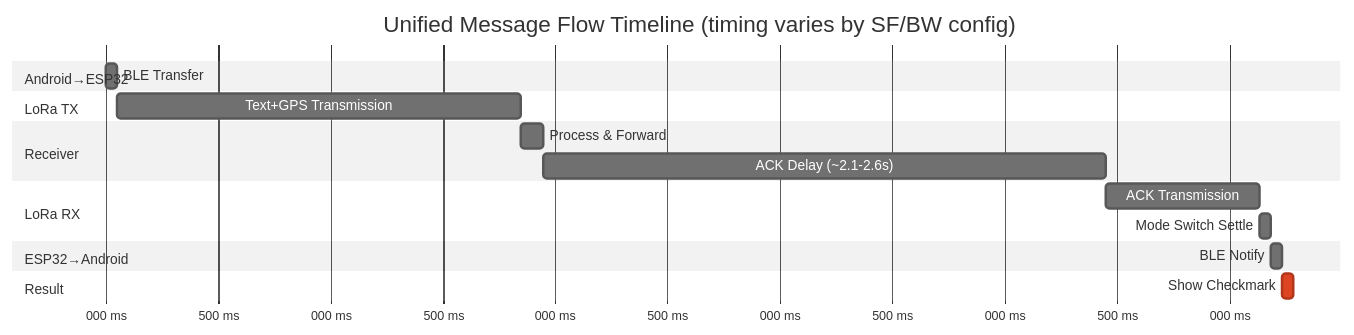
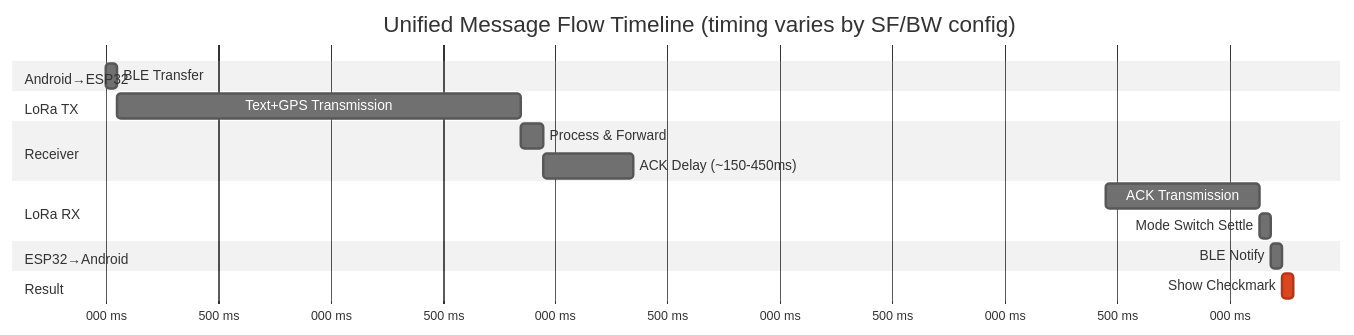
One commit to psytraxx/android-lora-ble-bridge changed the third of 3 diagrams in README.md. Above: the diagram before and after it, drawn with Mermaid (neutral theme). The commit also changed other lines of this file and 19 other files, not shown here.

````diff
--- a/README.md
+++ b/README.md
@@ -439,28 +431,27 @@
 ```mermaid
 gantt
     title Unified Message Flow Timeline (timing varies by SF/BW config)
     dateFormat x
     axisFormat %L ms
 
     section Android→ESP32
     BLE Transfer          :a1, 0, 50
 
     section LoRa TX
     Text+GPS Transmission :a2, 50, 1850
 
     section Receiver
     Process & Forward     :a3, 1850, 1950
-  ACK Delay (~2.1-2.6s) :a4, 1950, 4450
+  ACK Delay (~150-450ms) :a4, 1950, 2350
 
-  %% WakeUp announcements are intentionally omitted from this timeline; they are only sent on Button or Cold Boot (EXT1/cold), NOT when woken by LoRa (EXT0)
 
     section LoRa RX
     ACK Transmission      :a5, 4450, 5136
     Mode Switch Settle    :a6, 5136, 5186
 
     section ESP32→Android
     BLE Notify            :a7, 5186, 5236
 
     section Result
     Show Checkmark        :crit, a8, 5236, 5286
 ```
````
